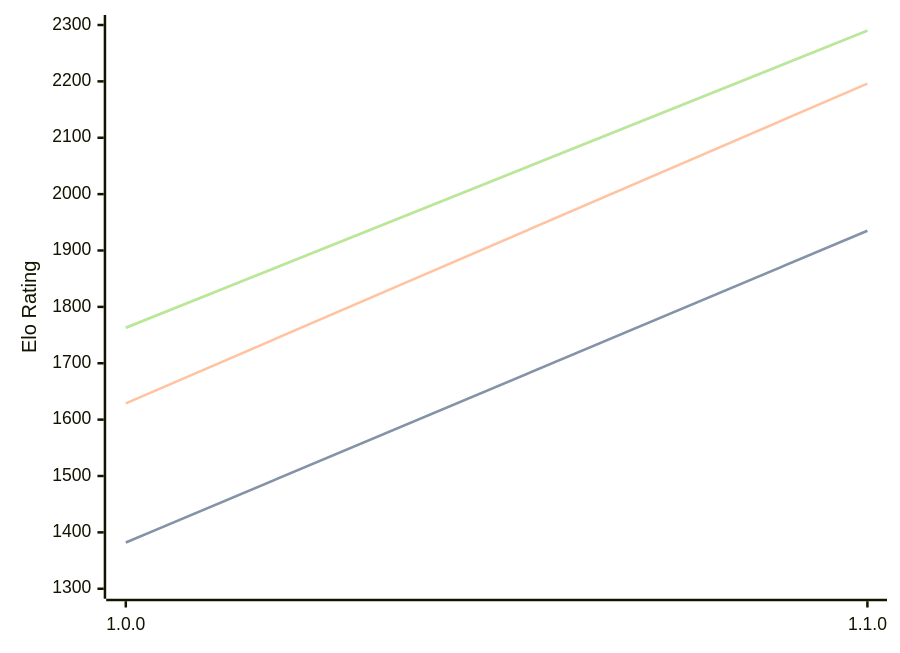
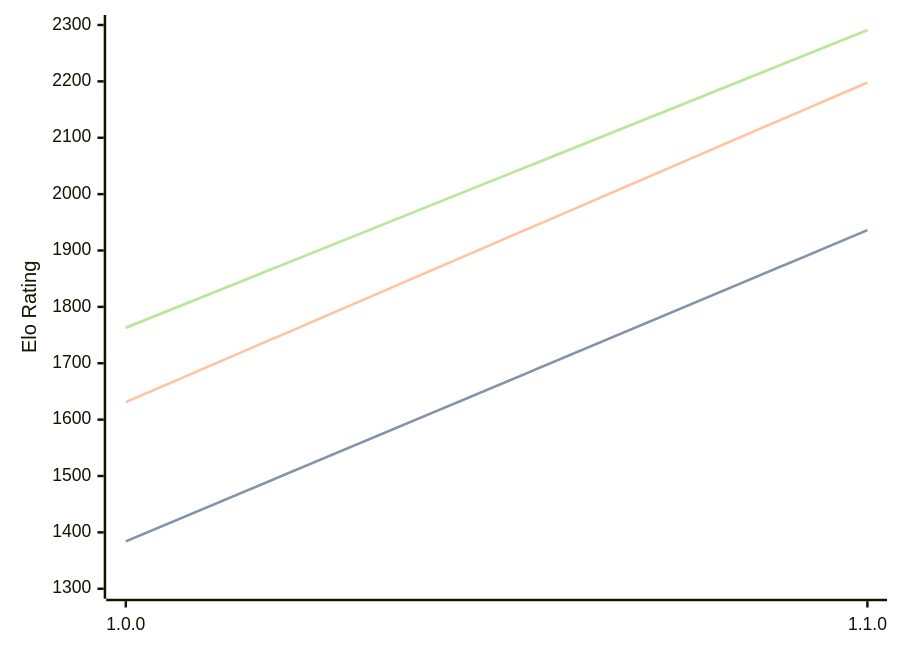
One commit to computer-chess-index/cci changed the diagram in engines/Akerbeltz.md. Above: the diagram before and after it, drawn with Mermaid. The commit also changed other lines of this file, not shown here.

Commit message:
Update CCI Ratings (ELO VLTC) - 2026-08-21

````diff
--- a/engines/Akerbeltz.md
+++ b/engines/Akerbeltz.md
@@ -32,11 +32,11 @@
 ```mermaid
 %%{init: {"theme":"base","themeVariables":{"seriesColors:['#a3a3a3','#222221','#faa371']}}}%%
 xychart-beta
   x-axis ["1.0.0", "1.1.0"]
   y-axis "Elo Rating" 1300 --> 2300
-  line "STC (8.0+0.08s)" [1382, 1935]
-  line "STC (8.0+0.08s)" [1382, 1935]
-  line "LTC (60.0+0.60s)" [1629, 2196]
-  line "VLTC (2m24s+1.12s)" [1763, 2290]
-  line "VLTC (2m24s+1.12s)" [1763, 2290]
+  line "STC (8.0+0.08s)" [1384, 1936]
+  line "STC (8.0+0.08s)" [1384, 1936]
+  line "LTC (60.0+0.60s)" [1631, 2198]
+  line "VLTC (2m24s+1.12s)" [1763, 2291]
+  line "VLTC (2m24s+1.12s)" [1763, 2291]
 ```
````
